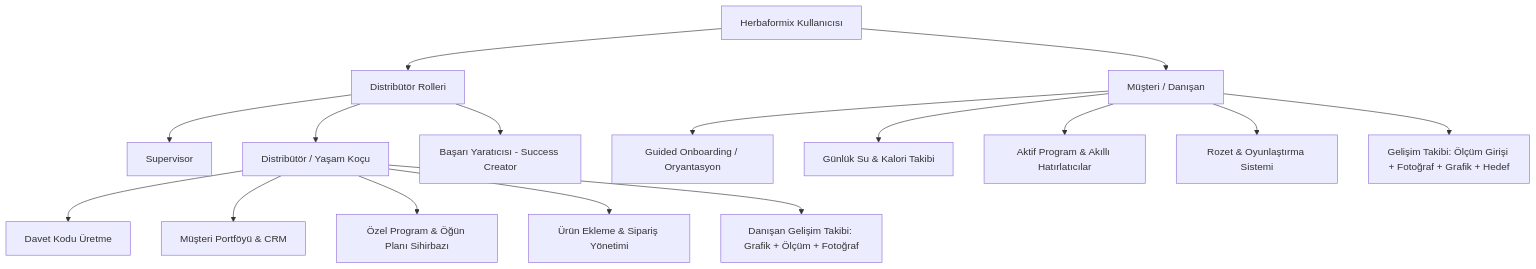
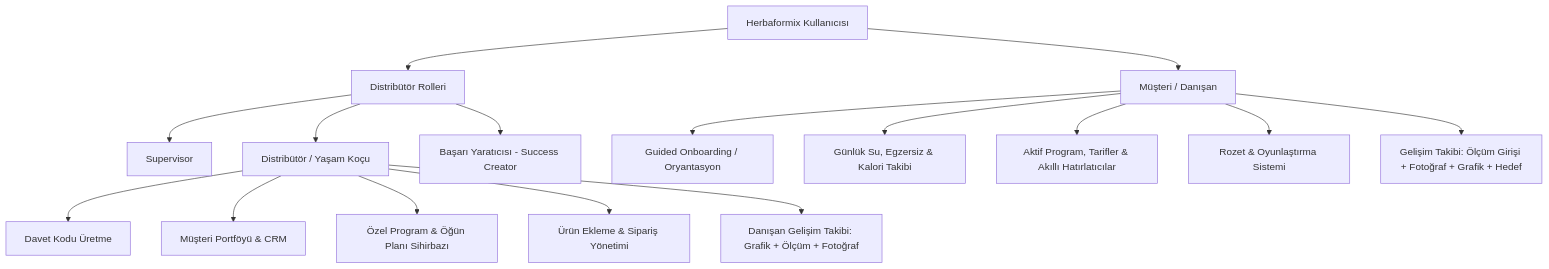
Before and after one commit to mezekix/herbaformix: the diagram in PRD.md, drawn with Mermaid. The commit also changed other lines of this file and 41 other files, not shown here.

````diff
--- a/PRD.md
+++ b/PRD.md
@@ -38,21 +39,21 @@
 ```mermaid
 graph TD
     A[Herbaformix Kullanıcısı] --> B[Distribütör Rolleri]
     A --> C[Müşteri / Danışan]
     
     B --> B1[Supervisor]
     B --> B2[Distribütör / Yaşam Koçu]
     B --> B3[Başarı Yaratıcısı - Success Creator]
     
     B2 --> D1[Davet Kodu Üretme]
     B2 --> D2[Müşteri Portföyü & CRM]
     B2 --> D3[Özel Program & Öğün Planı Sihirbazı]
     B2 --> D4[Ürün Ekleme & Sipariş Yönetimi]
     B2 --> D5[Danışan Gelişim Takibi: Grafik + Ölçüm + Fotoğraf]
     
     C --> C1[Guided Onboarding / Oryantasyon]
-    C --> C2[Günlük Su & Kalori Takibi]
-    C --> C3[Aktif Program & Akıllı Hatırlatıcılar]
+    C --> C2[Günlük Su, Egzersiz & Kalori Takibi]
+    C --> C3[Aktif Program, Tarifler & Akıllı Hatırlatıcılar]
     C --> C4[Rozet & Oyunlaştırma Sistemi]
     C --> C5[Gelişim Takibi: Ölçüm Girişi + Fotoğraf + Grafik + Hedef]
 ```
````
